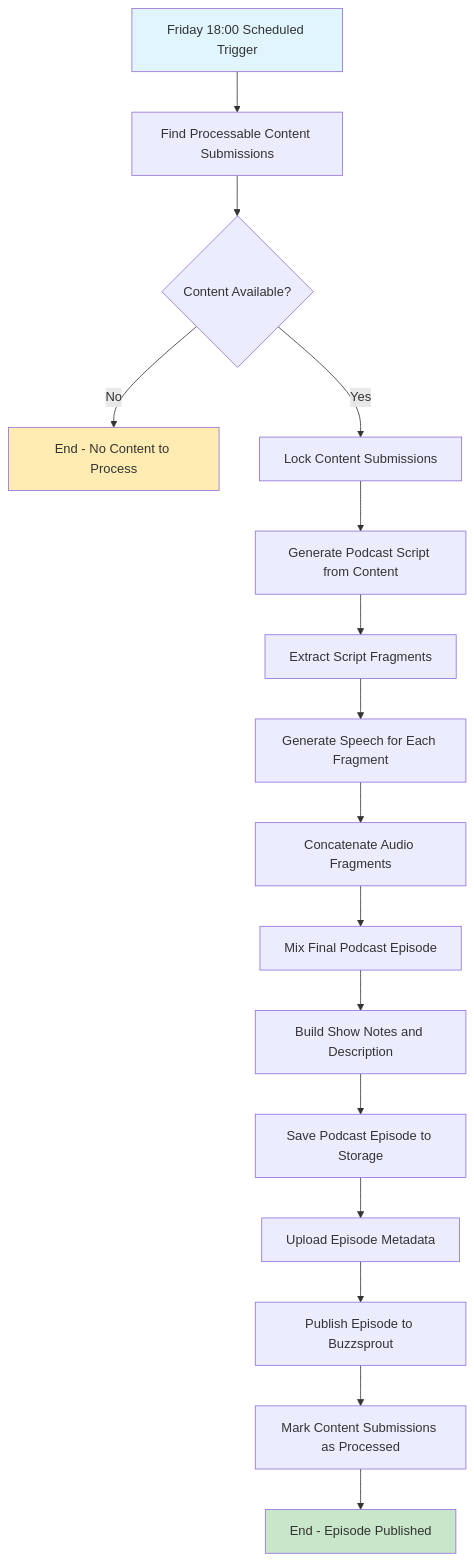
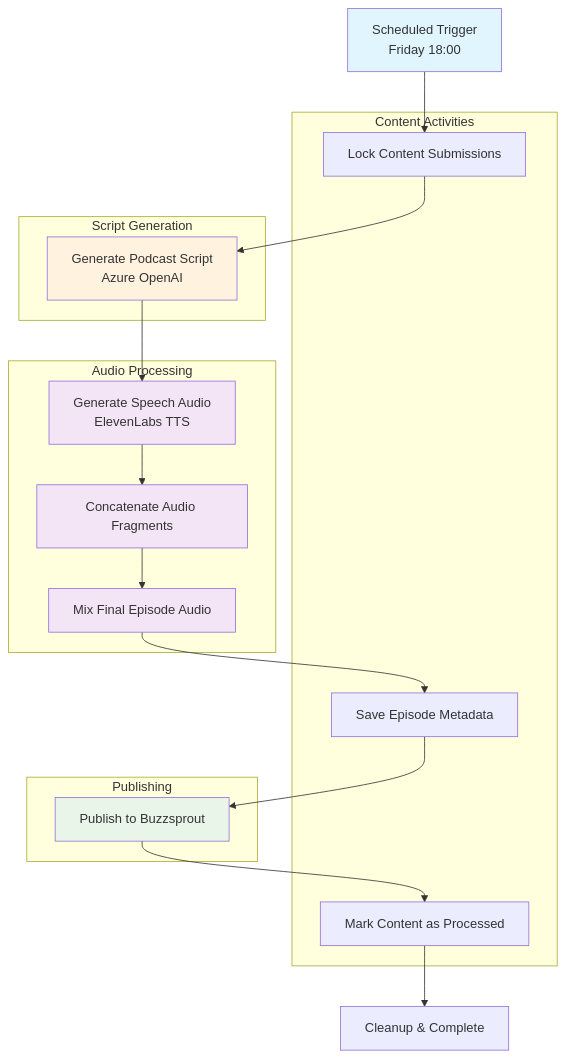
Before and after one commit to wmeints/agenttalks: the first of 2 diagrams in docs/architecture/06-runtime-view.md, drawn with Mermaid. The commit also changed other lines of this file, not shown here.

````diff
--- a/docs/architecture/06-runtime-view.md
+++ b/docs/architecture/06-runtime-view.md
@@ -23,22 +9,39 @@
 ```mermaid
-flowchart TD
-    A[Friday 18:00 Scheduled Trigger] --> B[Find Processable Content Submissions]
-    B --> C{Content Available?}
-    C -->|No| D[End - No Content to Process]
-    C -->|Yes| E[Lock Content Submissions]
-    E --> F[Generate Podcast Script from Content]
-    F --> G[Extract Script Fragments]
-    G --> H[Generate Speech for Each Fragment]
-    H --> I[Concatenate Audio Fragments]
-    I --> J[Mix Final Podcast Episode]
-    J --> K[Build Show Notes and Description]
-    K --> L[Save Podcast Episode to Storage]
-    L --> M[Upload Episode Metadata]
-    M --> N[Publish Episode to Buzzsprout]
-    N --> O[Mark Content Submissions as Processed]
-    O --> P[End - Episode Published]
-    
+graph TD
+    A[Scheduled Trigger<br/>Friday 18:00] --> B[Lock Content Submissions]
+    B --> C[Generate Podcast Script<br/>Azure OpenAI]
+    C --> D[Generate Speech Audio<br/>ElevenLabs TTS]
+    D --> E[Concatenate Audio Fragments]
+    E --> F[Mix Final Episode Audio]
+    F --> G[Save Episode Metadata]
+    G --> H[Publish to Buzzsprout]
+    H --> I[Mark Content as Processed]
+    I --> J[Cleanup & Complete]
+
+    subgraph "Content Activities"
+        B
+        G
+        I
+    end
+
+    subgraph "Script Generation"
+        C
+    end
+
+    subgraph "Audio Processing"
+        D
+        E
+        F
+    end
+
+    subgraph "Publishing"
+        H
+    end
+
     style A fill:#e1f5fe
-    style P fill:#c8e6c9
-    style D fill:#ffecb3
+    style C fill:#fff3e0
+    style D fill:#f3e5f5
+    style E fill:#f3e5f5
+    style F fill:#f3e5f5
+    style H fill:#e8f5e8
 ```
````
